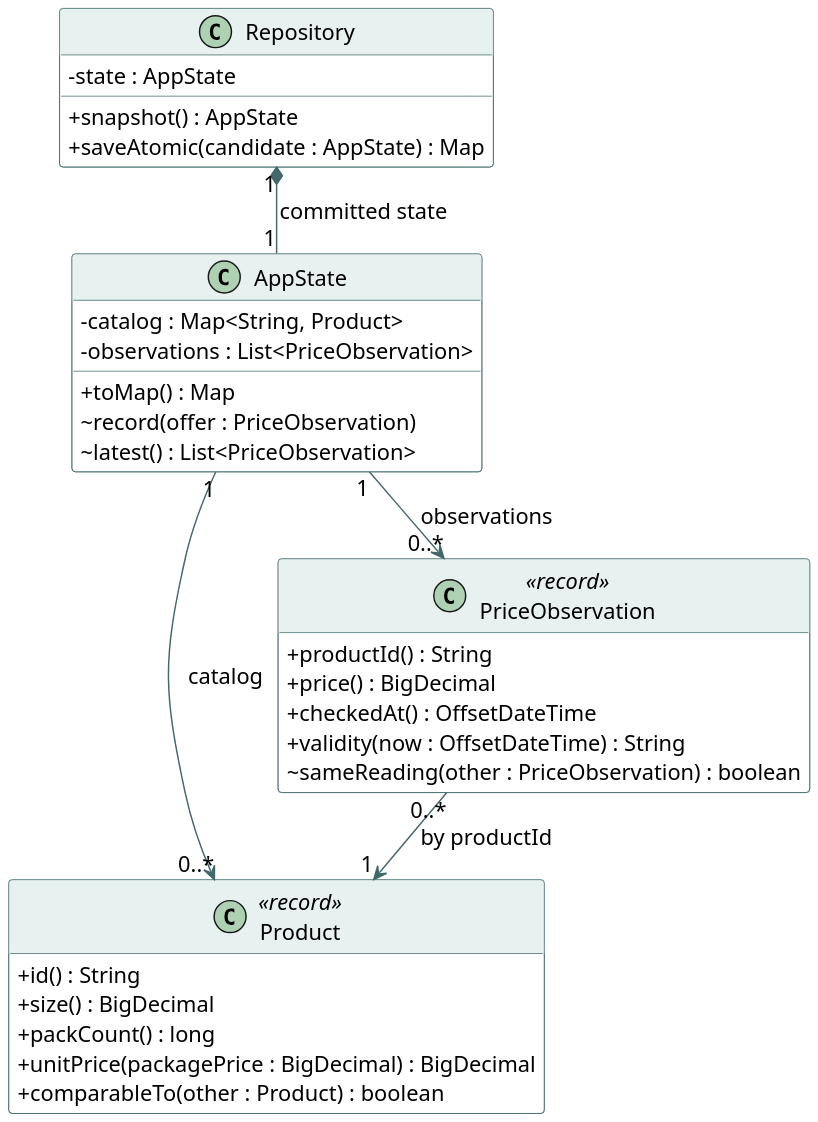
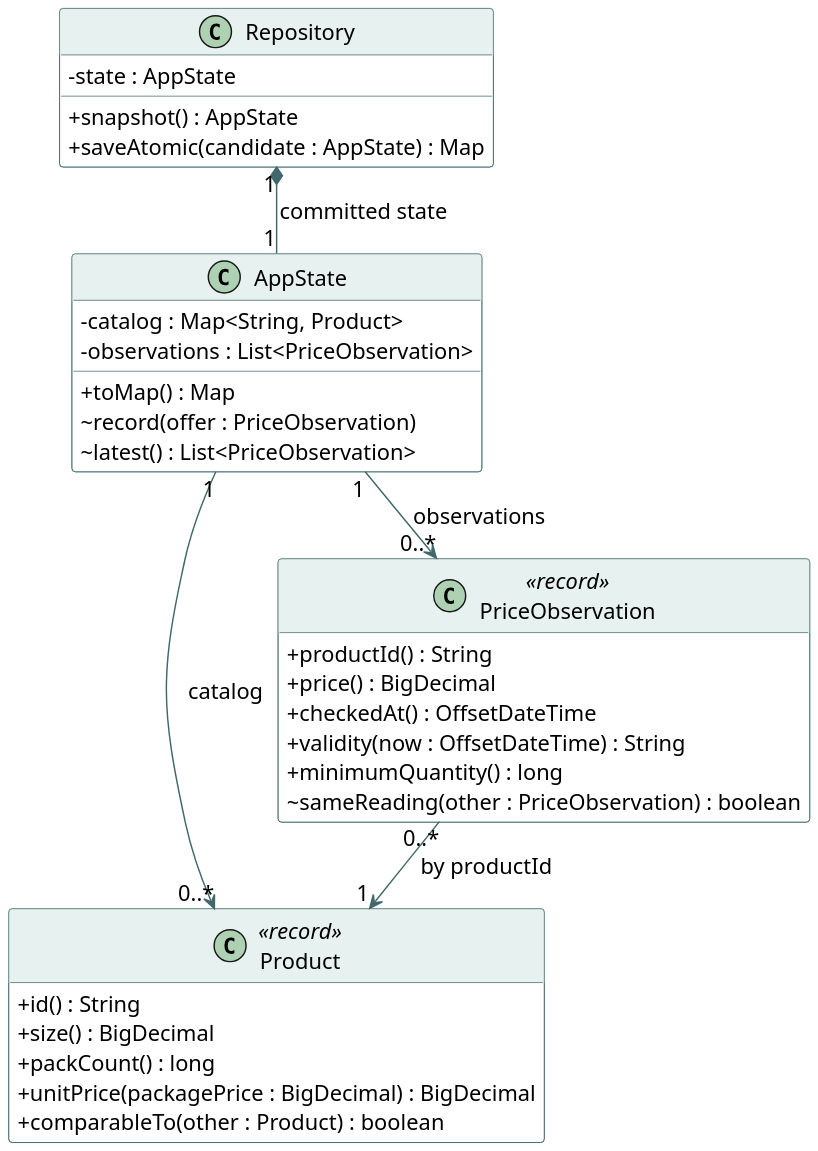
The diagram in doc/class-domain.puml (hyeonsu-test/smart-grocery-ledger), drawn with PlantUML before and after one commit. The commit also changed 37 other files, not shown here.

```diff
--- a/doc/class-domain.puml
+++ b/doc/class-domain.puml
@@ -1,44 +1,45 @@
 @startuml
 !pragma layout smetana
 skinparam dpi 170
 skinparam shadowing false
 skinparam classAttributeIconSize 0
 skinparam defaultFontName Arial
 skinparam defaultFontSize 15
 skinparam classBackgroundColor #FFFFFF
 skinparam classBorderColor #41686A
 skinparam classHeaderBackgroundColor #E7F1EF
 skinparam ArrowColor #41686A
 hide empty members
 top to bottom direction
 class Repository {
   - state : AppState
   + snapshot() : AppState
   + saveAtomic(candidate : AppState) : Map
 }
 class AppState {
   - catalog : Map<String, Product>
   - observations : List<PriceObservation>
   + toMap() : Map
   ~ record(offer : PriceObservation)
   ~ latest() : List<PriceObservation>
 }
 class Product <<record>> {
   + id() : String
   + size() : BigDecimal
   + packCount() : long
   + unitPrice(packagePrice : BigDecimal) : BigDecimal
   + comparableTo(other : Product) : boolean
 }
 class PriceObservation <<record>> {
   + productId() : String
   + price() : BigDecimal
   + checkedAt() : OffsetDateTime
   + validity(now : OffsetDateTime) : String
+  + minimumQuantity() : long
   ~ sameReading(other : PriceObservation) : boolean
 }
 Repository "1" *-- "1" AppState : committed state
 AppState "1" --> "0..*" Product : catalog
 AppState "1" --> "0..*" PriceObservation : observations
 PriceObservation "0..*" --> "1" Product : by productId
 @enduml
```
